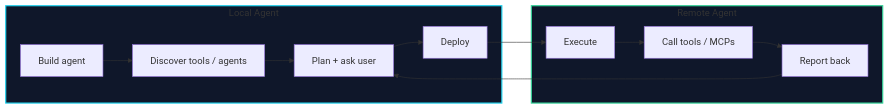
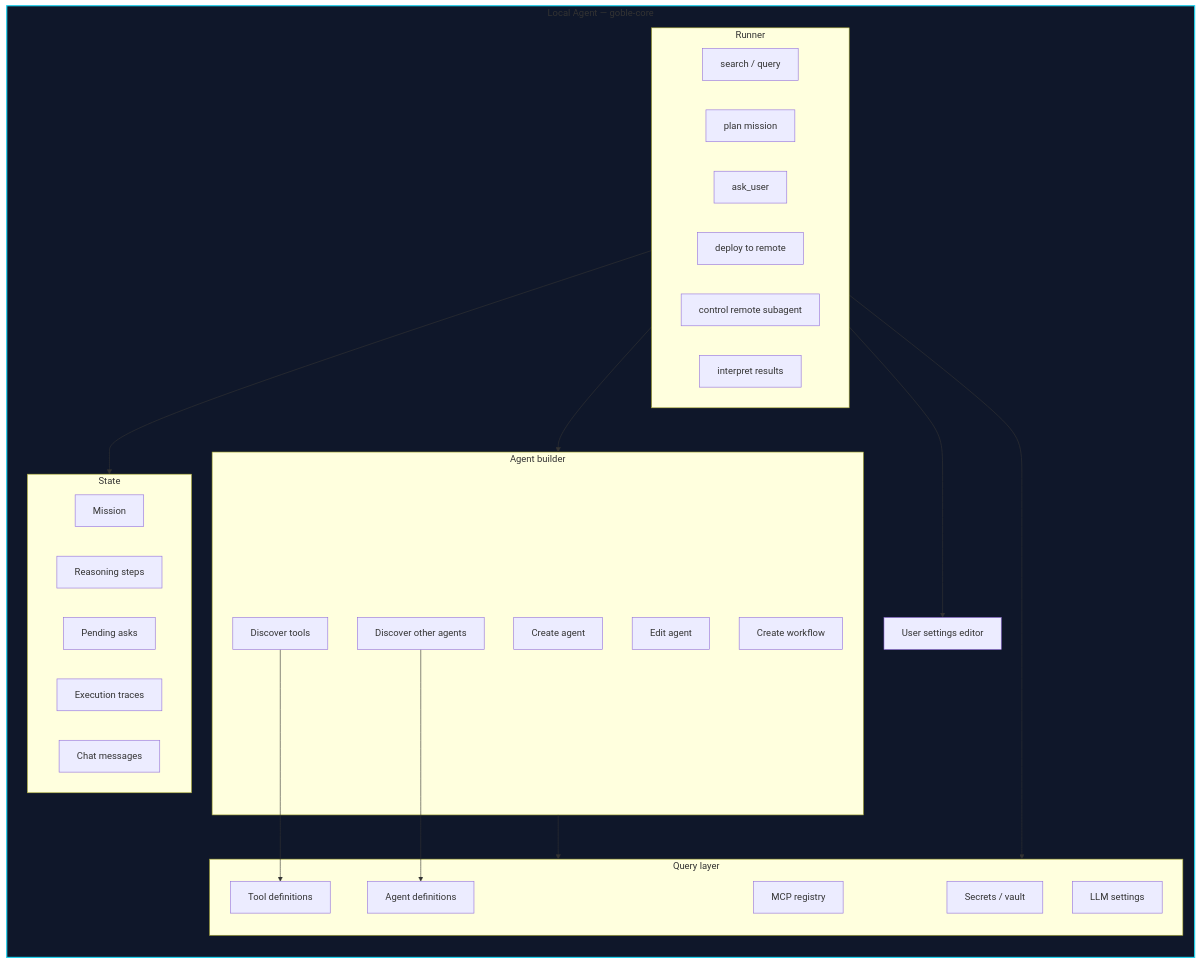
One commit to AdrianTuci1/goble changed the second of 8 diagrams in docs/local-remote-agent-graph.md. Above: the diagram before and after it, drawn with Mermaid. The commit also changed other lines of this file, not shown here.

Commit message:
docs: clearer local-remote agent graph with runners, chat renderers, multi-turn state

````diff
--- a/docs/local-remote-agent-graph.md
+++ b/docs/local-remote-agent-graph.md
@@ -93,21 +91,52 @@
 ```mermaid
-flowchart LR
-    subgraph L["Local Agent"]
-        L1["Build agent"]
-        L2["Discover tools / agents"]
-        L3["Plan + ask user"]
-        L4["Deploy"]
+flowchart TB
+    subgraph LOCAL["Local Agent — goble-core"]
+        direction TB
+
+        subgraph RUNNER["Runner"]
+            R1["search / query"]
+            R2["plan mission"]
+            R3["ask_user"]
+            R4["deploy to remote"]
+            R5["control remote subagent"]
+            R6["interpret results"]
+        end
+
+        subgraph QUERY["Query layer"]
+            Q1["MCP registry"]
+            Q2["Secrets / vault"]
+            Q3["Agent definitions"]
+            Q4["Tool definitions"]
+            Q5["LLM settings"]
+        end
+
+        subgraph BUILDER["Agent builder"]
+            B1["Create agent"]
+            B2["Edit agent"]
+            B3["Create workflow"]
+            B4["Discover tools"]
+            B5["Discover other agents"]
+        end
+
+        subgraph STATE["State"]
+            S1["Mission"]
+            S2["Reasoning steps"]
+            S3["Pending asks"]
+            S4["Execution traces"]
+            S5["Chat messages"]
+        end
+
+        SETTINGS["User settings editor"]
     end
 
-    subgraph R["Remote Agent"]
-        R1["Execute"]
-        R2["Call tools / MCPs"]
-        R3["Report back"]
-    end
+    RUNNER --> QUERY
+    RUNNER --> BUILDER
+    RUNNER --> SETTINGS
+    RUNNER --> STATE
 
-    L1 --> L2 --> L3 --> L4 --> R1
-    R1 --> R2 --> R3 --> L3
+    BUILDER --> QUERY
+    B4 --> Q4
+    B5 --> Q3
 
-    style L fill:#0f172a,stroke:#22d3ee,stroke-width:2px
-    style R fill:#0f172a,stroke:#34d399,stroke-width:2px
+    style LOCAL fill:#0f172a,stroke:#22d3ee,stroke-width:2px
 ```
````
